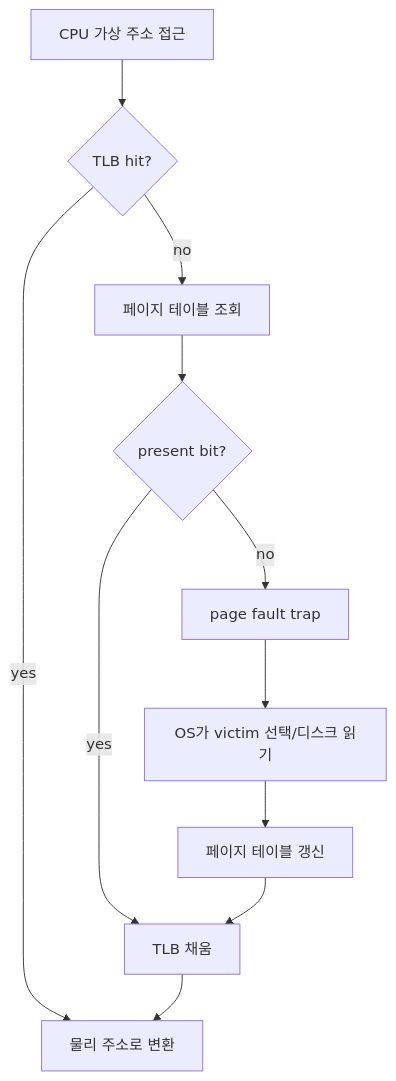
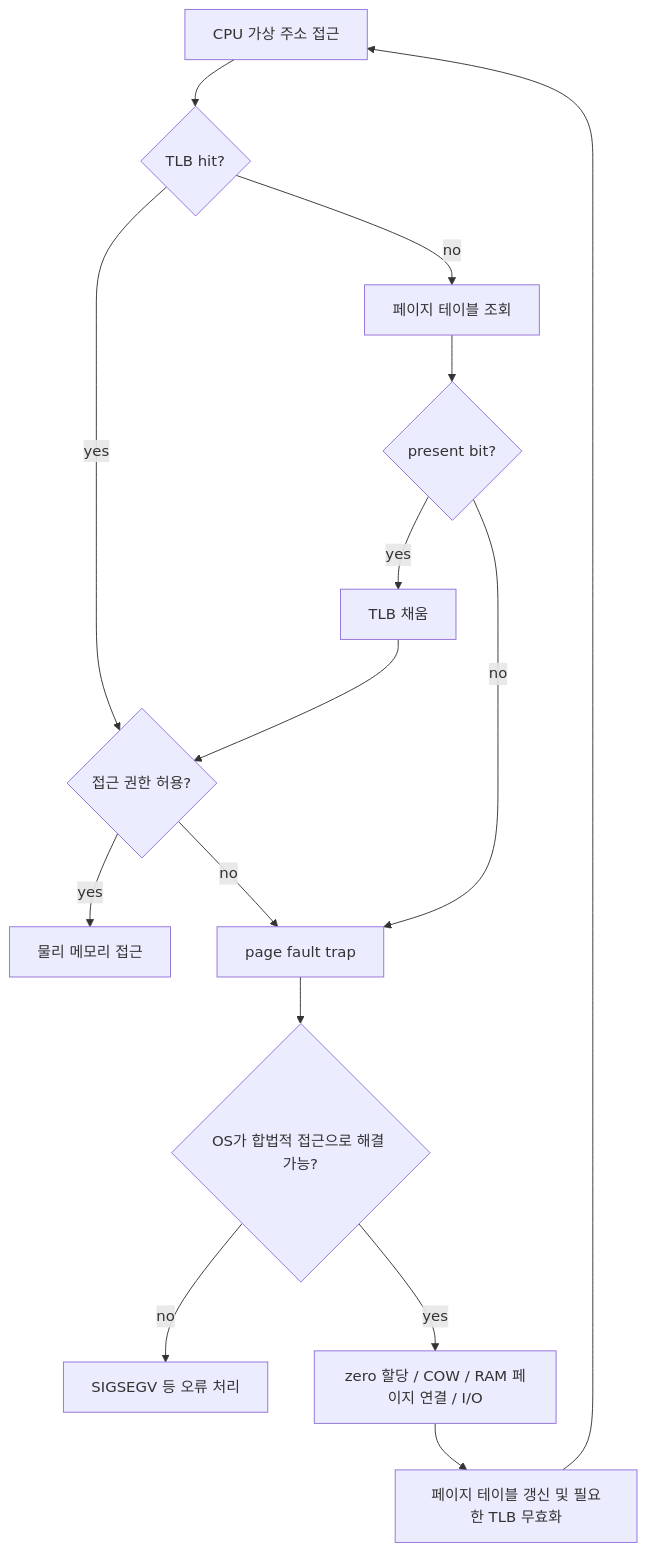
One commit to 2ndSilverMan/BFB_of_CS changed the diagram in Systems/Operating-Systems/Virtual-Memory.md. Above: the diagram before and after it, drawn with Mermaid. The commit also changed other lines of this file and 62 other files, not shown here.

````diff
--- a/Systems/Operating-Systems/Virtual-Memory.md
+++ b/Systems/Operating-Systems/Virtual-Memory.md
@@ -19,13 +21,17 @@
 ```mermaid
 flowchart TD
     CPU["CPU 가상 주소 접근"] --> TLB{"TLB hit?"}
-    TLB -- yes --> PA["물리 주소로 변환"]
+    TLB -- yes --> PERM{"접근 권한 허용?"}
     TLB -- no --> PT["페이지 테이블 조회"]
     PT --> PRESENT{"present bit?"}
     PRESENT -- yes --> FILL["TLB 채움"]
-    FILL --> PA
+    FILL --> PERM
+    PERM -- yes --> PA["물리 메모리 접근"]
+    PERM -- no --> FAULT["page fault trap"]
     PRESENT -- no --> FAULT["page fault trap"]
-    FAULT --> OS["OS가 victim 선택/디스크 읽기"]
-    OS --> PTUPDATE["페이지 테이블 갱신"]
-    PTUPDATE --> FILL
+    FAULT --> OS{"OS가 합법적 접근으로 해결 가능?"}
+    OS -- no --> SIGNAL["SIGSEGV 등 오류 처리"]
+    OS -- yes --> RESOLVE["zero 할당 / COW / RAM 페이지 연결 / I/O"]
+    RESOLVE --> PTUPDATE["페이지 테이블 갱신 및 필요한 TLB 무효화"]
+    PTUPDATE --> CPU
 ```
````
